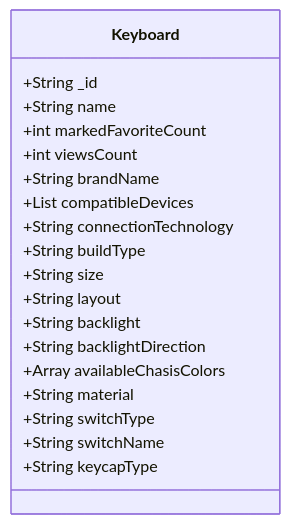
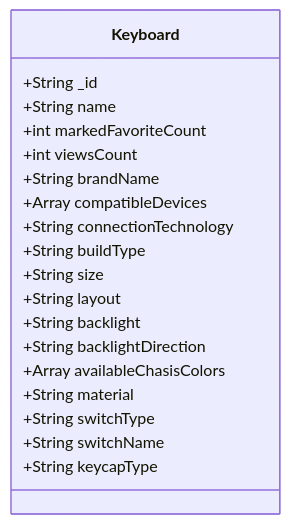
Before and after one commit to Vlastrix/keytastic_backend: the diagram in docs/keyboard.md, drawn with Mermaid. The commit also changed 2 other files, not shown here.

Commit message:
fix keyboard schema

````diff
--- a/docs/keyboard.md
+++ b/docs/keyboard.md
@@ -2,22 +2,22 @@
 ```mermaid
 classDiagram
     class Keyboard {
         +String _id  
         +String name
         +int markedFavoriteCount
         +int viewsCount
         +String brandName
-        +List compatibleDevices
+        +Array<String> compatibleDevices
         +String connectionTechnology
         +String buildType
         +String size
         +String layout
         +String backlight
         +String backlightDirection
-        +Array availableChasisColors
+        +Array<String> availableChasisColors
         +String material
         +String switchType
         +String switchName
         +String keycapType
     }
 ```
````
